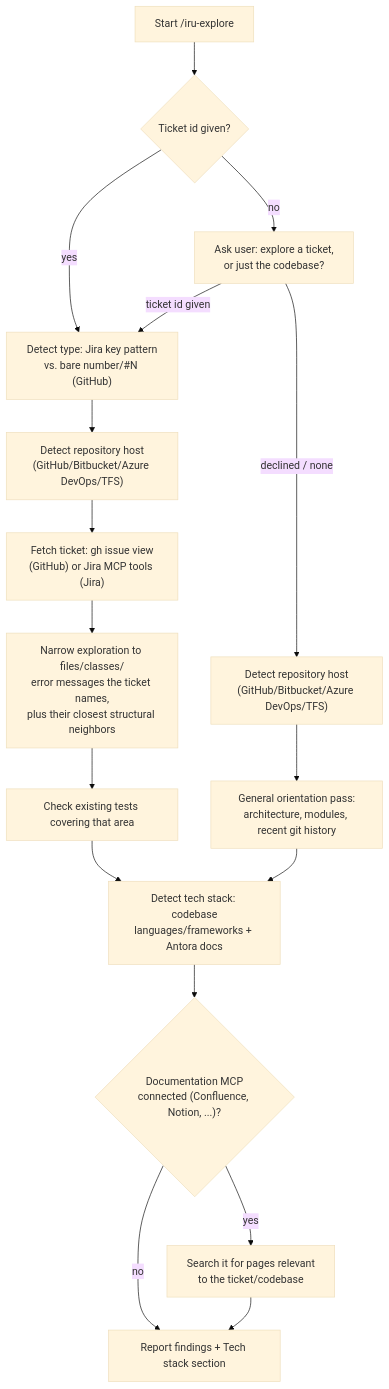
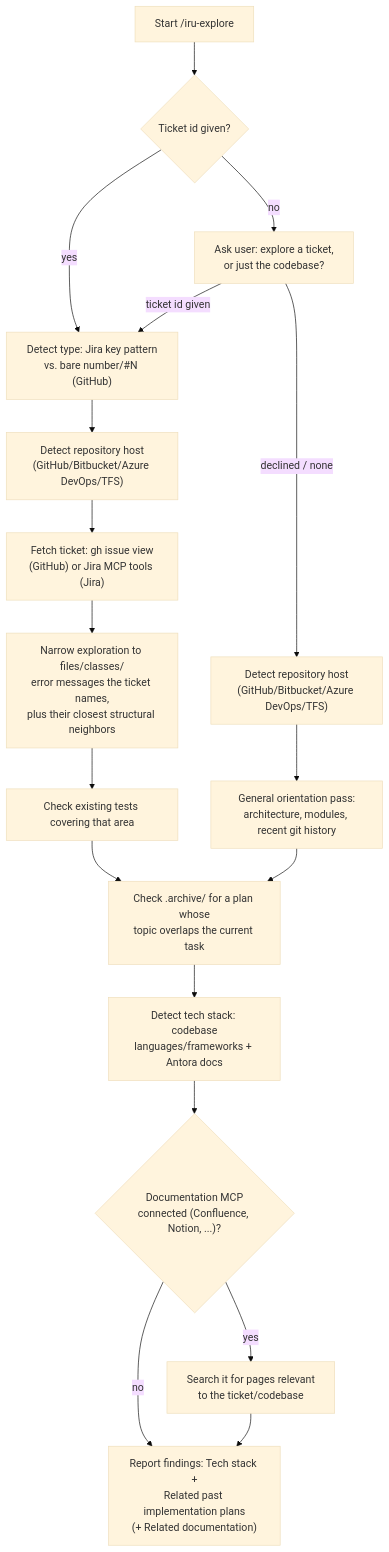
Before and after one commit to albertoirurueta/ai-catalog: the diagram in docs/modules/ROOT/pages/skills/iru-explore.adoc, drawn with Mermaid (base theme). The commit also changed other lines of this file and 1 other file, not shown here.

Commit message:
Updated iru-explore skill to check for archived implementation plans

```diff
--- a/docs/modules/ROOT/pages/skills/iru-explore.adoc
+++ b/docs/modules/ROOT/pages/skills/iru-explore.adoc
@@ -66,20 +72,21 @@
 [mermaid]
 ....
 flowchart TD
     A[Start /iru-explore] --> B{Ticket id given?}
     B -- yes --> C["Detect type: Jira key pattern\nvs. bare number/#N (GitHub)"]
     B -- no --> D["Ask user: explore a ticket,\nor just the codebase?"]
     D -- ticket id given --> C
     D -- declined / none --> E["Detect repository host\n(GitHub/Bitbucket/Azure DevOps/TFS)"]
     C --> F["Detect repository host\n(GitHub/Bitbucket/Azure DevOps/TFS)"]
     F --> G["Fetch ticket: gh issue view\n(GitHub) or Jira MCP tools (Jira)"]
     G --> H["Narrow exploration to files/classes/\nerror messages the ticket names,\nplus their closest structural neighbors"]
     H --> I["Check existing tests covering that area"]
     E --> J["General orientation pass:\narchitecture, modules, recent git history"]
-    I --> K["Detect tech stack: codebase\nlanguages/frameworks + Antora docs"]
-    J --> K
+    I --> O["Check .archive/ for a plan whose\ntopic overlaps the current task"]
+    J --> O
+    O --> K["Detect tech stack: codebase\nlanguages/frameworks + Antora docs"]
     K --> M{"Documentation MCP\nconnected (Confluence, Notion, ...)?"}
     M -- yes --> N["Search it for pages relevant\nto the ticket/codebase"]
-    M -- no --> L[Report findings + Tech stack section]
+    M -- no --> L["Report findings: Tech stack +\nRelated past implementation plans\n(+ Related documentation)"]
     N --> L
 ....
```
